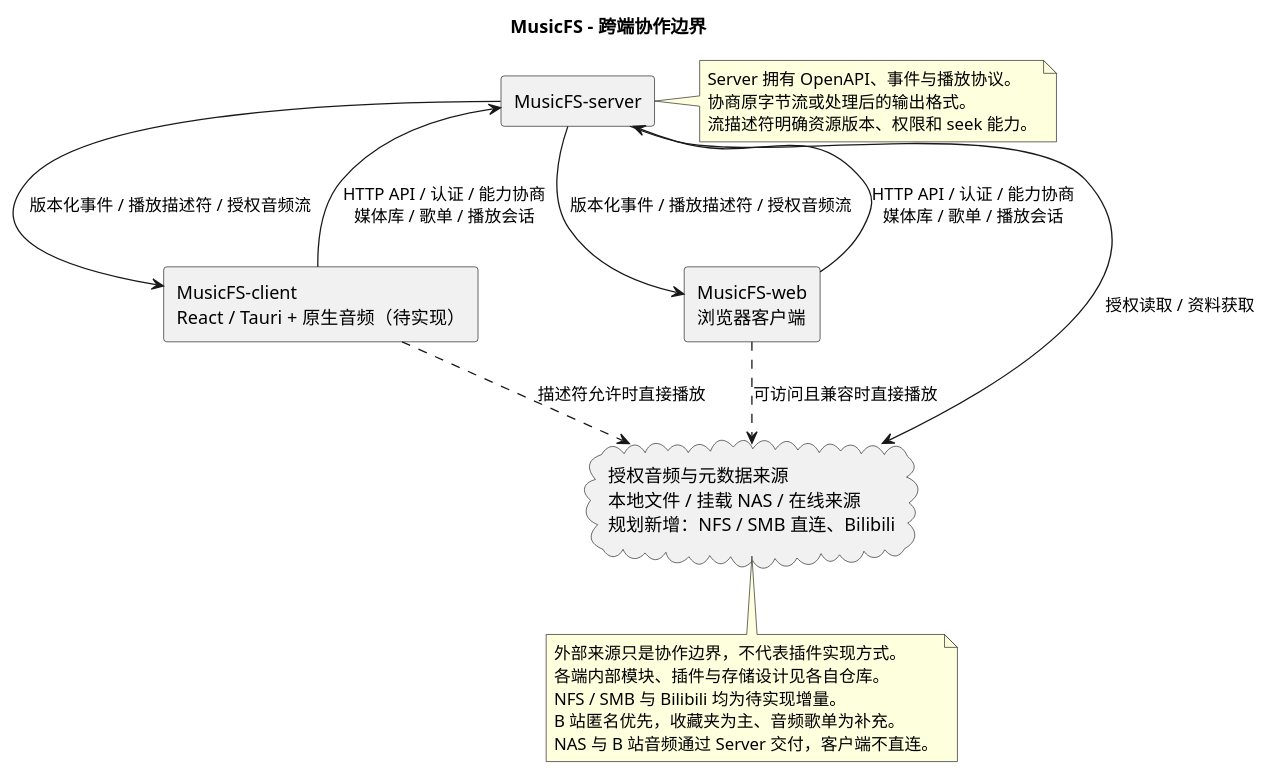
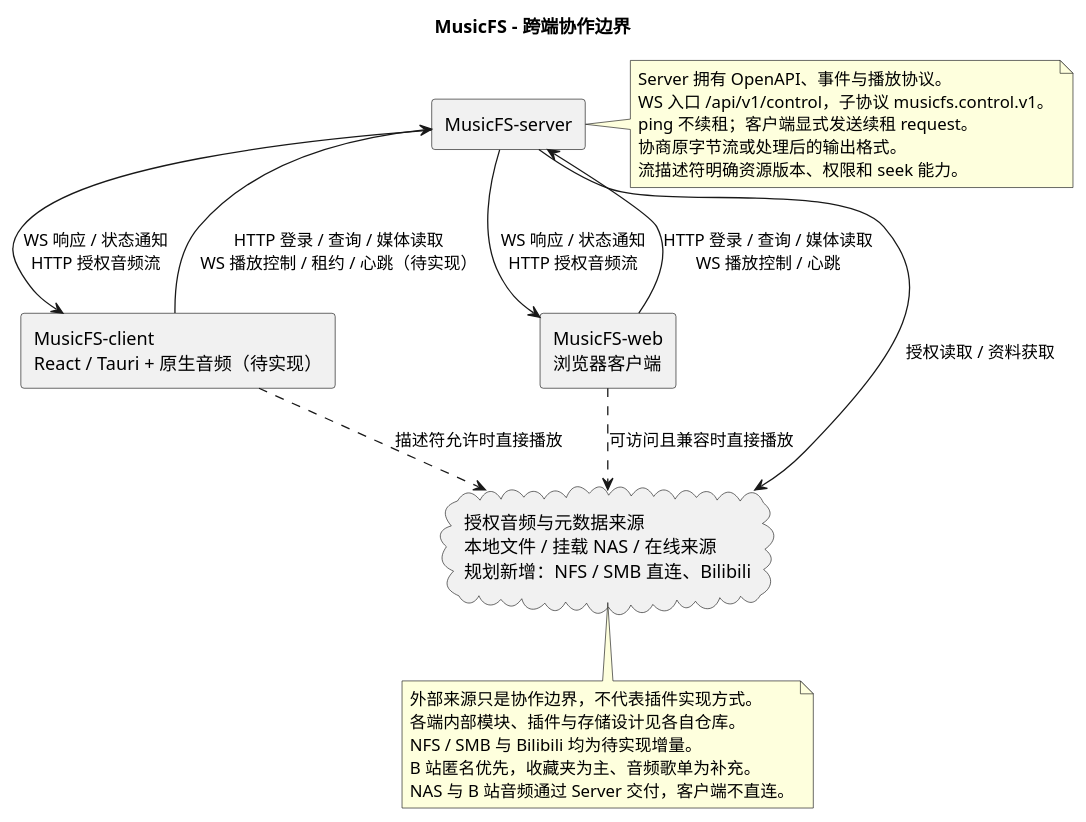
The diagram in docs/diagrams/components.puml (fnMrRice/MusicFS), drawn with PlantUML before and after one commit. The commit also changed 5 other files, not shown here.

Commit message:
feat(control): 同步 WebSocket 控制架构与子模块版本

```diff
--- a/docs/diagrams/components.puml
+++ b/docs/diagrams/components.puml
@@ -1,32 +1,34 @@
 @startuml
 title MusicFS - 跨端协作边界
 top to bottom direction
 skinparam componentStyle rectangle
 
 component "MusicFS-client\nReact / Tauri + 原生音频（待实现）" as Client
 component "MusicFS-web\n浏览器客户端" as Web
 component "MusicFS-server" as Server
 cloud "授权音频与元数据来源\n本地文件 / 挂载 NAS / 在线来源\n规划新增：NFS / SMB 直连、Bilibili" as Sources
 
-Client --> Server : HTTP API / 认证 / 能力协商\n媒体库 / 歌单 / 播放会话
-Web --> Server : HTTP API / 认证 / 能力协商\n媒体库 / 歌单 / 播放会话
-Server --> Client : 版本化事件 / 播放描述符 / 授权音频流
-Server --> Web : 版本化事件 / 播放描述符 / 授权音频流
+Client --> Server : HTTP 登录 / 查询 / 媒体读取\nWS 播放控制 / 租约 / 心跳（待实现）
+Web --> Server : HTTP 登录 / 查询 / 媒体读取\nWS 播放控制 / 心跳
+Server --> Client : WS 响应 / 状态通知\nHTTP 授权音频流
+Server --> Web : WS 响应 / 状态通知\nHTTP 授权音频流
 Server --> Sources : 授权读取 / 资料获取
 Client ..> Sources : 描述符允许时直接播放
 Web ..> Sources : 可访问且兼容时直接播放
 
 note right of Server
   Server 拥有 OpenAPI、事件与播放协议。
+  WS 入口 /api/v1/control，子协议 musicfs.control.v1。
+  ping 不续租；客户端显式发送续租 request。
   协商原字节流或处理后的输出格式。
   流描述符明确资源版本、权限和 seek 能力。
 end note
 
 note bottom of Sources
   外部来源只是协作边界，不代表插件实现方式。
   各端内部模块、插件与存储设计见各自仓库。
   NFS / SMB 与 Bilibili 均为待实现增量。
   B 站匿名优先，收藏夹为主、音频歌单为补充。
   NAS 与 B 站音频通过 Server 交付，客户端不直连。
 end note
 @enduml
```
